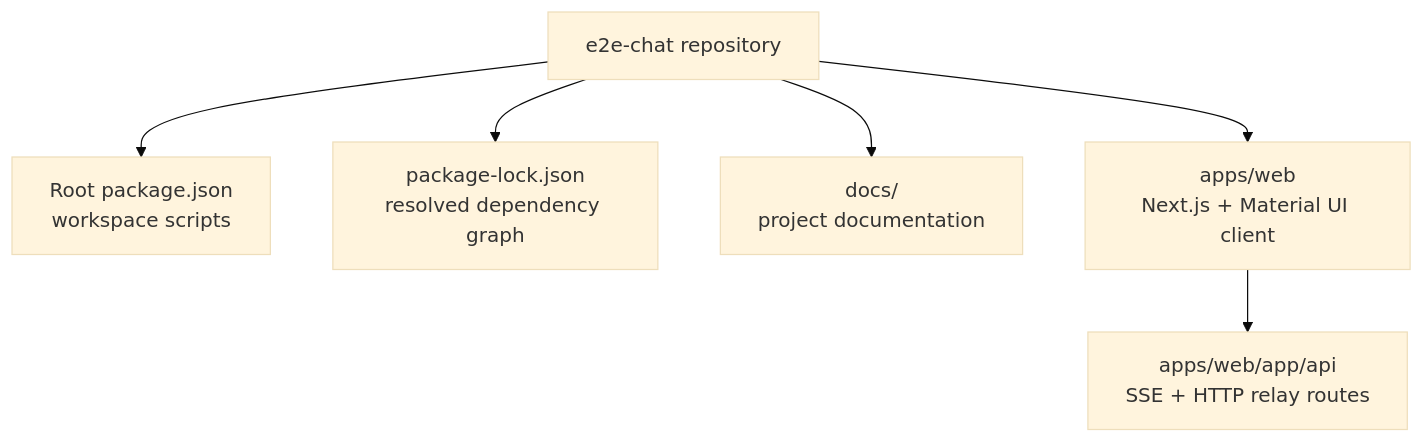
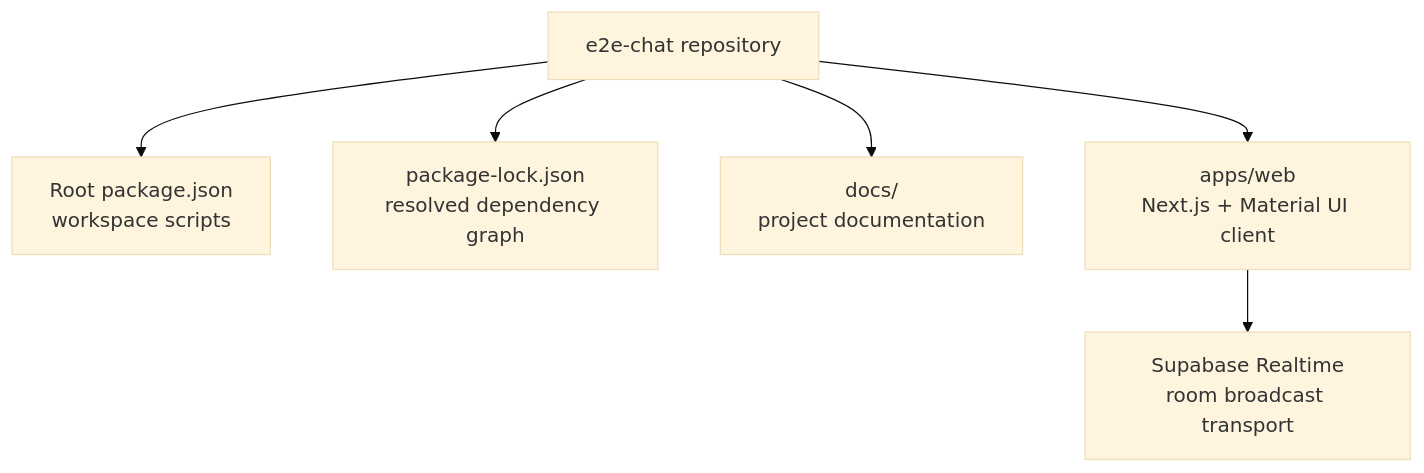
The first of 3 diagrams in docs/architecture.md (matthewlovestocode/e2echat), drawn with Mermaid (base theme) before and after one commit. The commit also changed other lines of this file and 19 other files, not shown here.

Commit message:
Use Supabase Realtime transport

````diff
--- a/docs/architecture.md
+++ b/docs/architecture.md
@@ -5,15 +5,15 @@
 ```mermaid
 flowchart TD
   repo["e2e-chat repository"]
   rootPkg["Root package.json\nworkspace scripts"]
   lockfile["package-lock.json\nresolved dependency graph"]
   docs["docs/\nproject documentation"]
   web["apps/web\nNext.js + Material UI client"]
-  api["apps/web/app/api\nSSE + HTTP relay routes"]
+  realtime["Supabase Realtime\nroom broadcast transport"]
 
   repo --> rootPkg
   repo --> lockfile
   repo --> docs
   repo --> web
-  web --> api
+  web --> realtime
 ```
````
